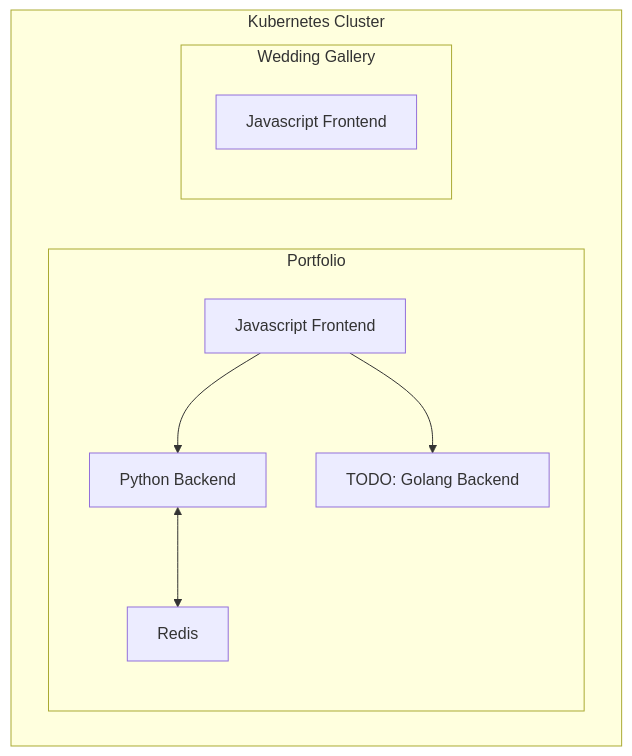
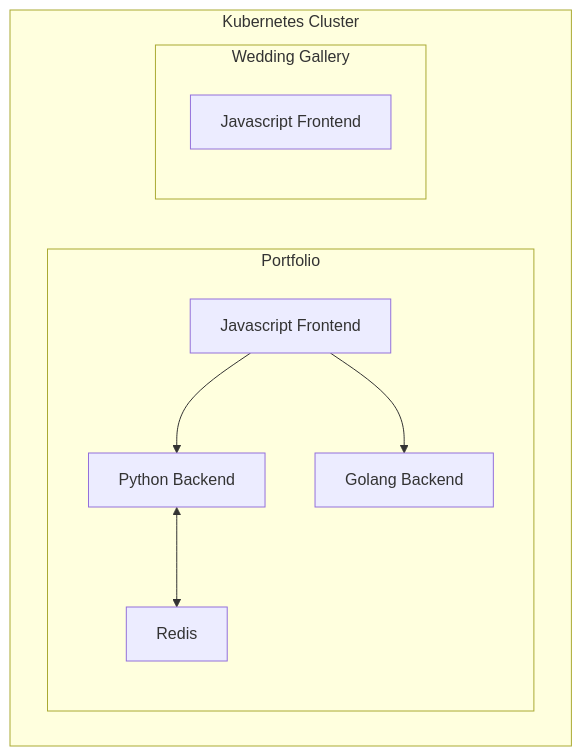
Before and after one commit to dannylongeuay/ndsquared: the diagram in README.md, drawn with Mermaid. The commit also changed other lines of this file, not shown here.

Commit message:
docs: :pencil: remove todo text

````diff
--- a/README.md
+++ b/README.md
@@ -20,13 +20,13 @@
 ```mermaid
 flowchart TB
   subgraph Kubernetes Cluster
     subgraph Portfolio
       Frontend1[Javascript Frontend]-->PyAPI[Python Backend]
       PyAPI<-->Redis
-      Frontend1-->GoAPI[TODO: Golang Backend]
+      Frontend1-->GoAPI[Golang Backend]
     end
     subgraph Wedding Gallery
       Frontend2[Javascript Frontend]
     end
   end
 ```
````
